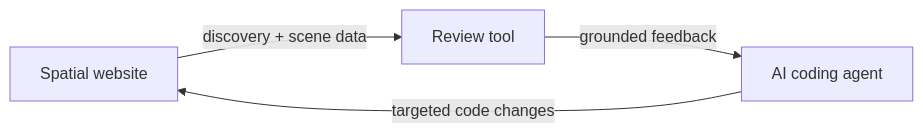
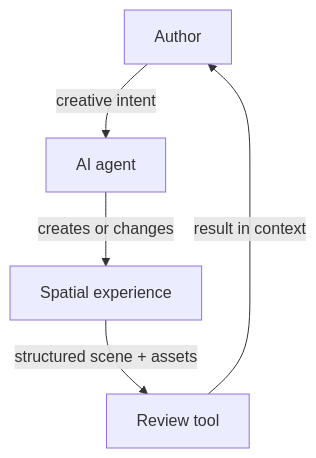
Before and after one commit to rbifulco/alterno-spatial-review: the diagram in README.md, drawn with Mermaid. The commit also changed other lines of this file, not shown here.

First line of the commit message:
docs: center readme on author intent (#4)

````diff
--- a/README.md
+++ b/README.md
@@ -32,6 +47,7 @@
 ```mermaid
-flowchart LR
-    site["Spatial website"] -->|"discovery + scene data"| review["Review tool"]
-    review -->|"grounded feedback"| agent["AI coding agent"]
-    agent -->|"targeted code changes"| site
+flowchart TD
+    author["Author"] -->|"creative intent"| agent["AI agent"]
+    agent -->|"creates or changes"| site["Spatial experience"]
+    site -->|"structured scene + assets"| review["Review tool"]
+    review -->|"result in context"| author
 ```
````
